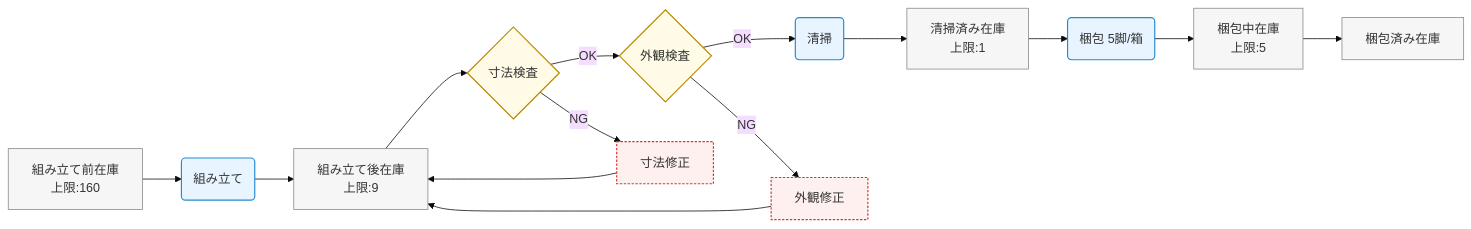
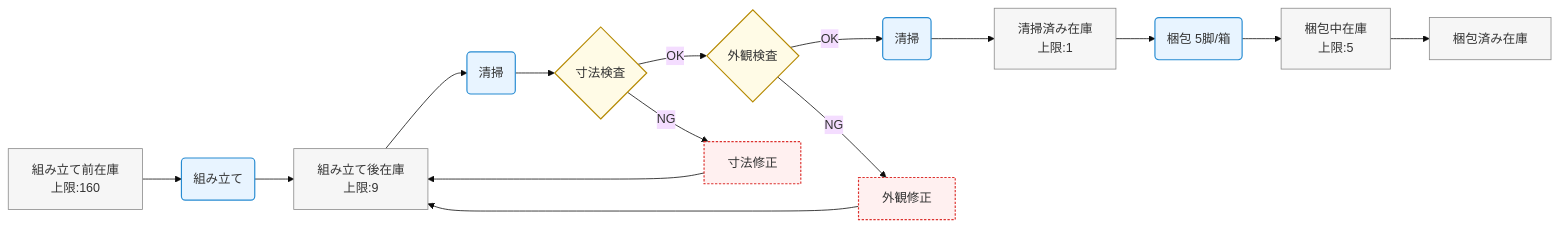
One commit to sokokoko-git/mermaid-flows changed the diagram in docs/flows/example.mmd. Above: the diagram before and after it, drawn with Mermaid (base theme).

```diff
--- a/docs/flows/example.mmd
+++ b/docs/flows/example.mmd
@@ -1,33 +1,36 @@
 flowchart LR
   %% GitHub向け：[]の入れ子を避け、改行は <br/> を使用
 
   A[組み立て前在庫<br/>上限:160] --> B(組み立て)
   B --> C[組み立て後在庫<br/>上限:9]
 
-  C --> D{寸法検査}
+  %% 組み立て後に清掃を追加
+  C --> C1(清掃)
+  C1 --> D{寸法検査}
+
   D -->|OK| E{外観検査}
   D -->|NG| D1[寸法修正]
   %% 修正品は組み立て後在庫へ戻す
   D1 --> C
 
   E -->|OK| F(清掃)
   E -->|NG| E1[外観修正]
   %% 修正品は組み立て後在庫へ戻す
   E1 --> C
 
   F --> G[清掃済み在庫<br/>上限:1]
 
   G --> H(梱包 5脚/箱)
   H --> I[梱包中在庫<br/>上限:5]
   I --> J[梱包済み在庫]
 
-  %% スタイル定義（対応していないビューアでは無視されます）
+  %% スタイル定義
   classDef store fill:#f6f6f6,stroke:#888,stroke-width:1px;
   classDef proc fill:#e8f4ff,stroke:#268bd2,stroke-width:1.5px;
   classDef gate fill:#fffbe6,stroke:#b58900,stroke-width:1.5px;
   classDef fix fill:#fff0f0,stroke:#dc322f,stroke-width:1.5px,stroke-dasharray:3 2;
 
   class A,C,G,I,J store;
-  class B,F,H proc;
+  class B,C1,F,H proc;
   class D,E gate;
   class D1,E1 fix;
```
